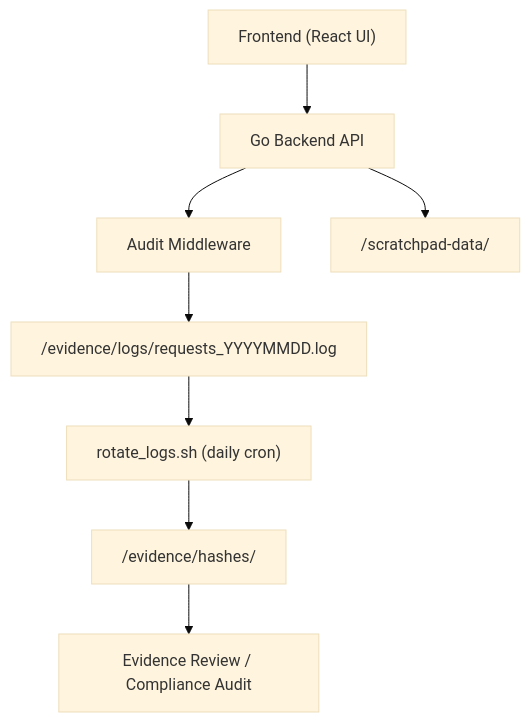
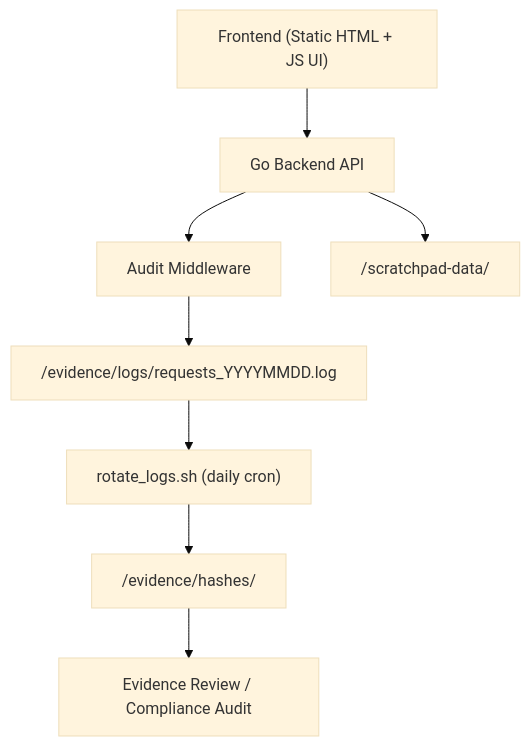
One commit to projectfong/cfo-scratchpad changed the diagram in docs/architecture.md. Above: the diagram before and after it, drawn with Mermaid (base theme). The commit also changed other lines of this file, not shown here.

````diff
--- a/docs/architecture.md
+++ b/docs/architecture.md
@@ -64,10 +64,10 @@
 ```mermaid
 flowchart TD
-    A["Frontend (React UI)"] --> B[Go Backend API]
+    A["Frontend (Static HTML + JS UI)"] --> B[Go Backend API]
     B --> C[Audit Middleware]
     B --> D["/scratchpad-data/"]
     C --> E["/evidence/logs/requests_YYYYMMDD.log"]
     E --> F["rotate_logs.sh (daily cron)"]
     F --> G["/evidence/hashes/"]
     G --> H[Evidence Review / Compliance Audit]
 ```
````
